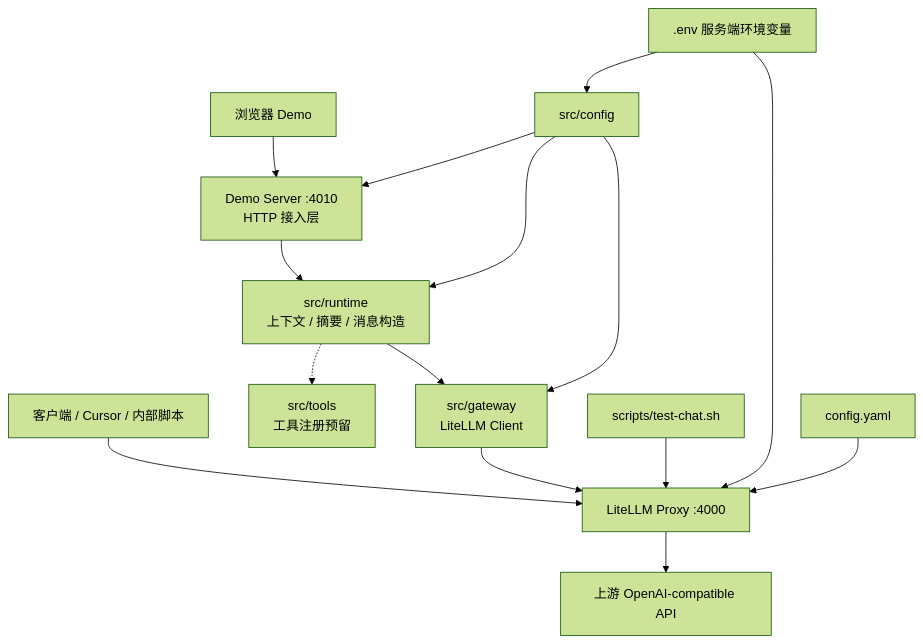
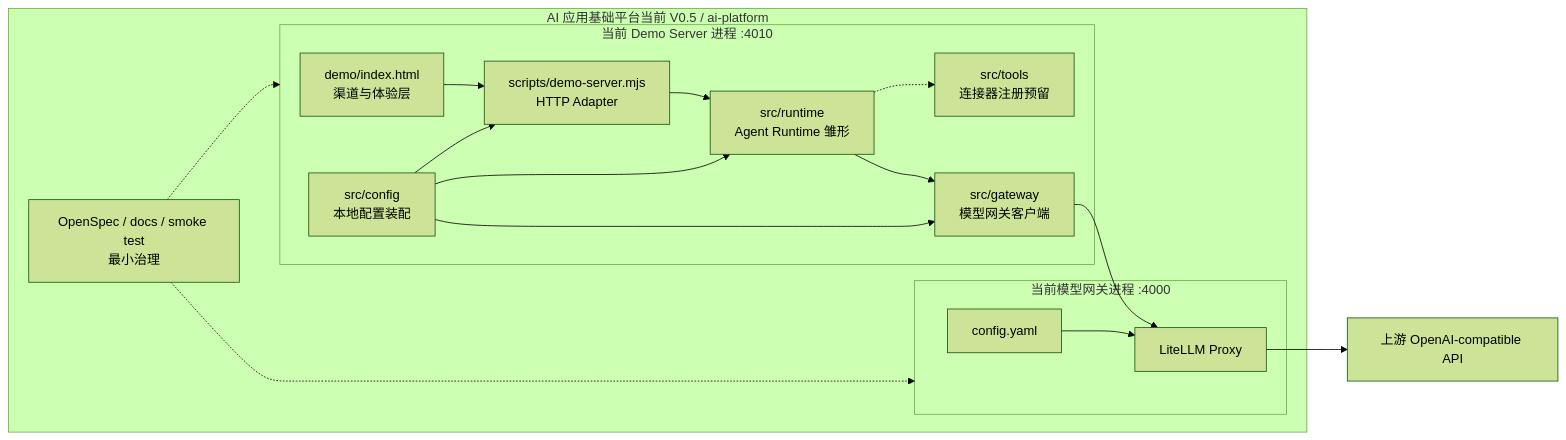
Before and after one commit to leidaibo-lab/ai-platform: the second of 2 diagrams in docs/ai-structure.md, drawn with Mermaid (forest theme). The commit also changed other lines of this file and 22 other files, not shown here.

````diff
--- a/docs/ai-structure.md
+++ b/docs/ai-structure.md
@@ -169,17 +247,35 @@
 ```mermaid
-flowchart TD
-  Client["客户端 / Cursor / 内部脚本"] --> LiteLLM["LiteLLM Proxy :4000"]
-  Browser["浏览器 Demo"] --> DemoServer["Demo Server :4010<br/>HTTP 接入层"]
-  DemoServer --> Runtime["src/runtime<br/>上下文 / 摘要 / 消息构造"]
-  Runtime -.-> ToolRegistry["src/tools<br/>工具注册预留"]
-  Runtime --> GatewayClient["src/gateway<br/>LiteLLM Client"]
+flowchart LR
+  subgraph CurrentPlatform["AI 应用基础平台当前 V0.5 / ai-platform"]
+    subgraph CurrentProcess["当前 Demo Server 进程 :4010"]
+      DemoUi["demo/index.html<br/>渠道与体验层"]
+      HttpAdapter["scripts/demo-server.mjs<br/>HTTP Adapter"]
+      RuntimeCode["src/runtime<br/>Agent Runtime 雏形"]
+      ToolRegistry["src/tools<br/>连接器注册预留"]
+      GatewayClient["src/gateway<br/>模型网关客户端"]
+      ConfigLoader["src/config<br/>本地配置装配"]
+    end
+
+    subgraph GatewayProcess["当前模型网关进程 :4000"]
+      LiteLLM["LiteLLM Proxy"]
+      GatewayConfig["config.yaml"]
+    end
+
+    Contract["OpenSpec / docs / smoke test<br/>最小治理"]
+  end
+
+  Upstream["上游 OpenAI-compatible API"]
+
+  DemoUi --> HttpAdapter
+  HttpAdapter --> RuntimeCode
+  RuntimeCode -.-> ToolRegistry
+  RuntimeCode --> GatewayClient
   GatewayClient --> LiteLLM
-  Smoke["scripts/test-chat.sh"] --> LiteLLM
-  LiteLLM --> Upstream["上游 OpenAI-compatible API"]
-  Env[".env 服务端环境变量"] --> ConfigLoader["src/config"]
-  ConfigLoader --> DemoServer
-  ConfigLoader --> Runtime
+  GatewayConfig --> LiteLLM
+  LiteLLM --> Upstream
+  ConfigLoader --> HttpAdapter
+  ConfigLoader --> RuntimeCode
   ConfigLoader --> GatewayClient
-  Env --> LiteLLM
-  Config["config.yaml"] --> LiteLLM
+  Contract -.-> CurrentProcess
+  Contract -.-> GatewayProcess
 ```
````
